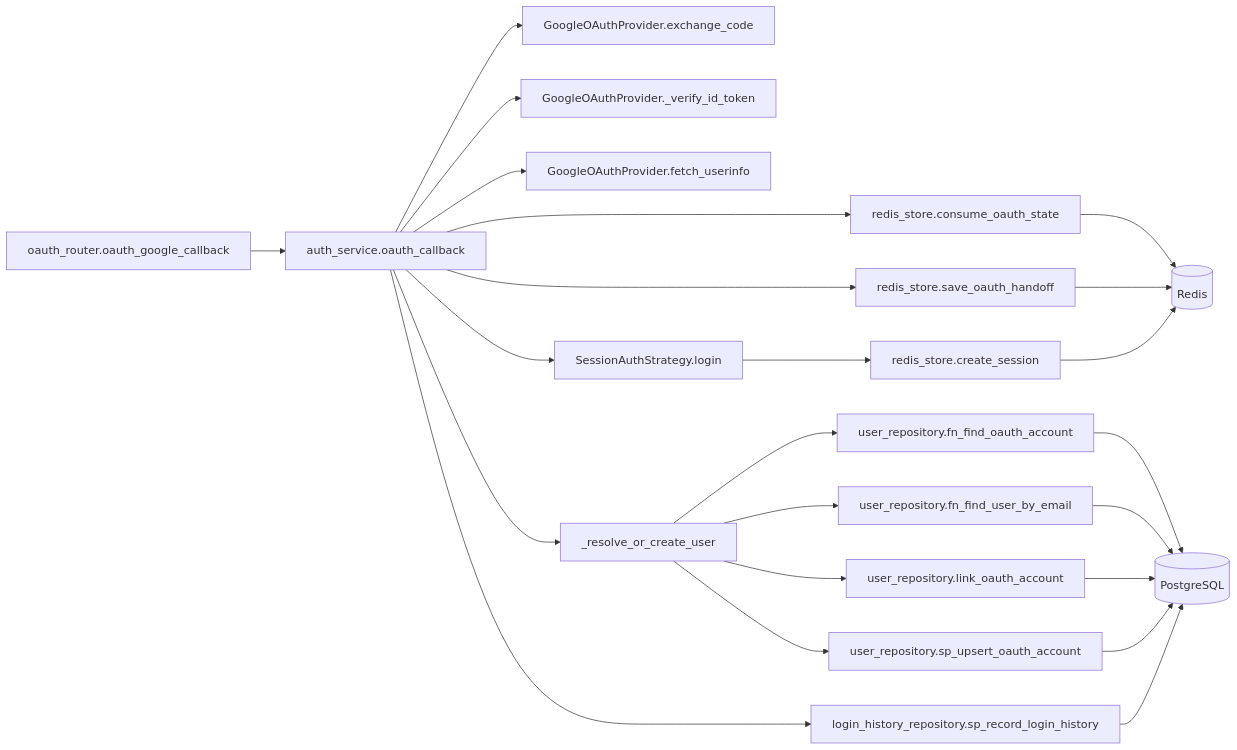
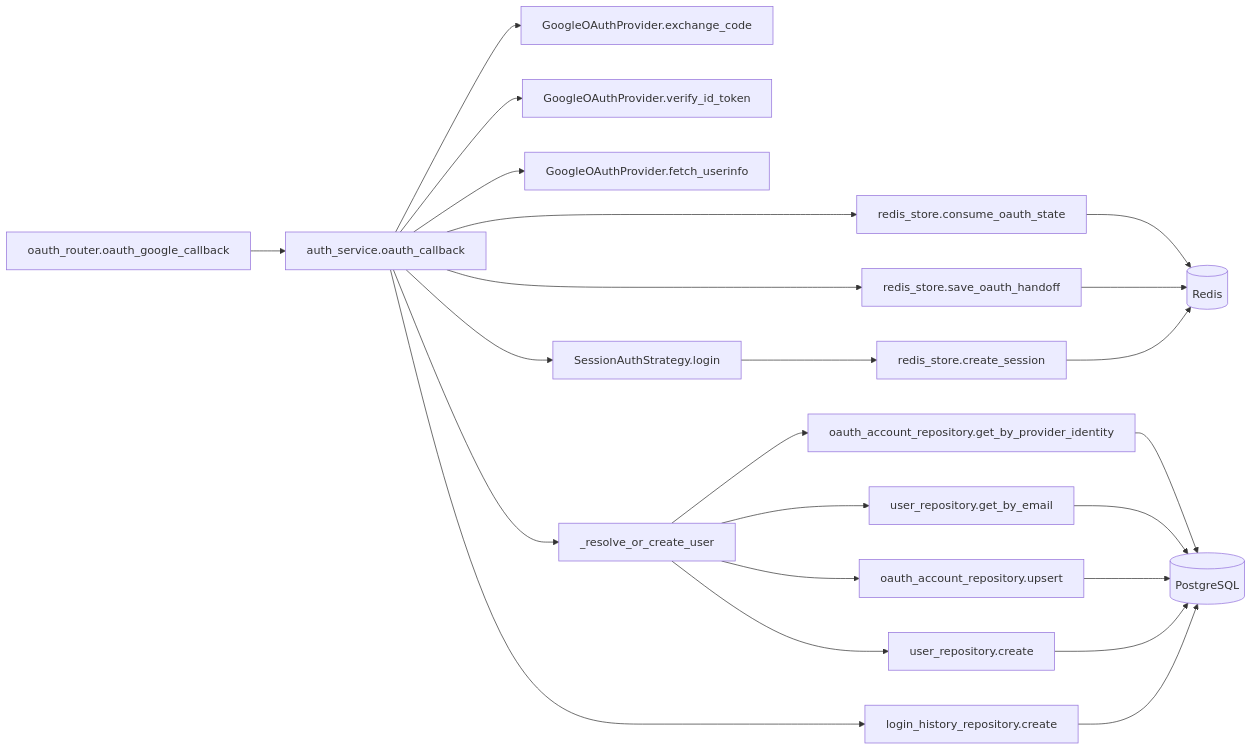
One commit to oikawa-d/task_management changed the third of 4 diagrams in docs/detailed_design/api/auth/12_get_auth_oauth_google_callback.md. Above: the diagram before and after it, drawn with Mermaid. The commit also changed other lines of this file and 2 other files, not shown here.

````diff
--- a/docs/detailed_design/api/auth/12_get_auth_oauth_google_callback.md
+++ b/docs/detailed_design/api/auth/12_get_auth_oauth_google_callback.md
@@ -304,25 +304,25 @@
 ```mermaid
 flowchart LR
     R["oauth_router.oauth_google_callback"] --> S["auth_service.oauth_callback"]
     S --> RS1["redis_store.consume_oauth_state"]
     S --> OA1["GoogleOAuthProvider.exchange_code"]
-    S --> OA2["GoogleOAuthProvider._verify_id_token"]
+    S --> OA2["GoogleOAuthProvider.verify_id_token"]
     S --> OA3["GoogleOAuthProvider.fetch_userinfo"]
     S --> RES["_resolve_or_create_user"]
-    RES --> URP1["user_repository.fn_find_oauth_account"]
-    RES --> URP2["user_repository.fn_find_user_by_email"]
-    RES --> URP3["user_repository.link_oauth_account"]
-    RES --> URP4["user_repository.sp_upsert_oauth_account"]
+    RES --> URP1["oauth_account_repository.get_by_provider_identity"]
+    RES --> URP2["user_repository.get_by_email"]
+    RES --> URP3["oauth_account_repository.upsert"]
+    RES --> URP4["user_repository.create"]
     S --> SESS["SessionAuthStrategy.login"]
     S --> RS2["redis_store.save_oauth_handoff"]
-    S --> LRP["login_history_repository.sp_record_login_history"]
+    S --> LRP["login_history_repository.create"]
     RS1 --> RD[("Redis")]
     RS2 --> RD
     URP1 --> PG[("PostgreSQL")]
     URP2 --> PG
     URP3 --> PG
     URP4 --> PG
     LRP --> PG
     SESS --> RS3["redis_store.create_session"]
     RS3 --> RD
 ```
````
